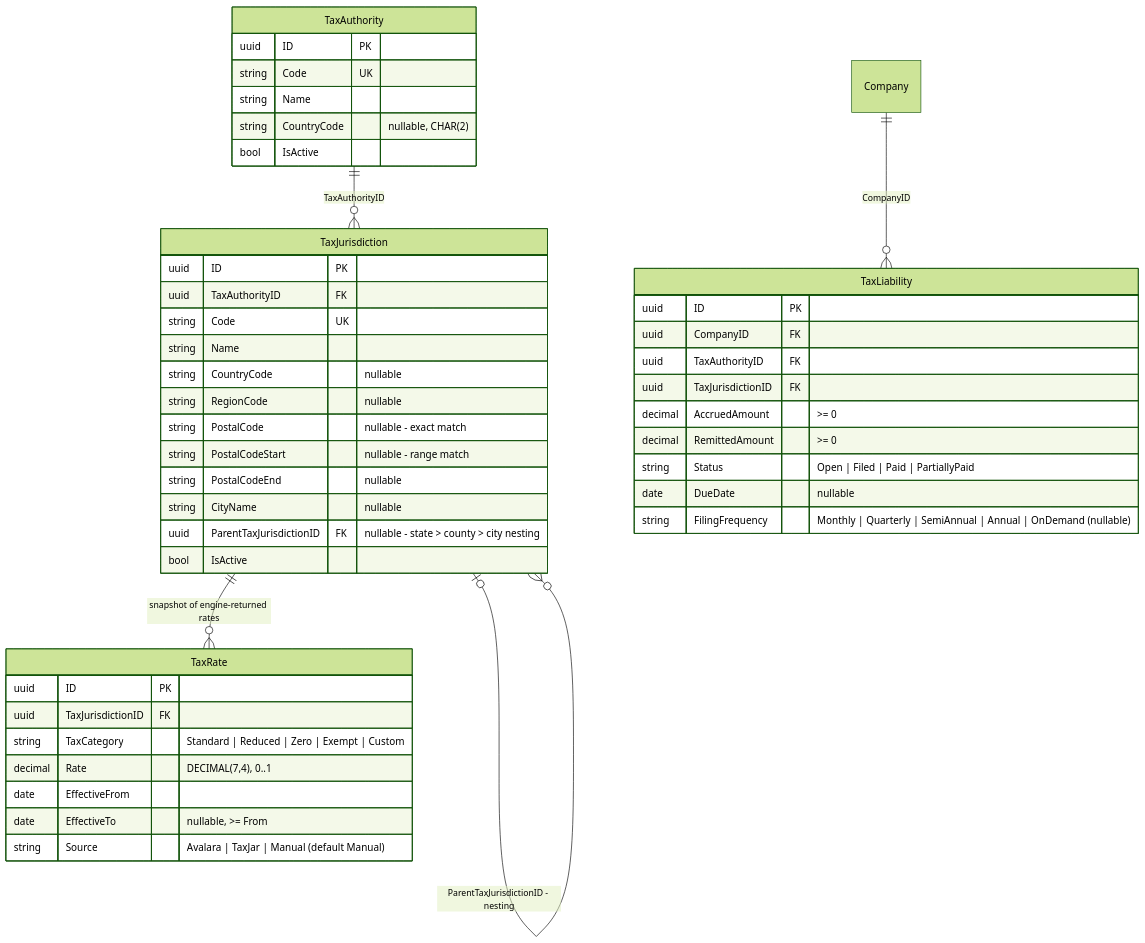
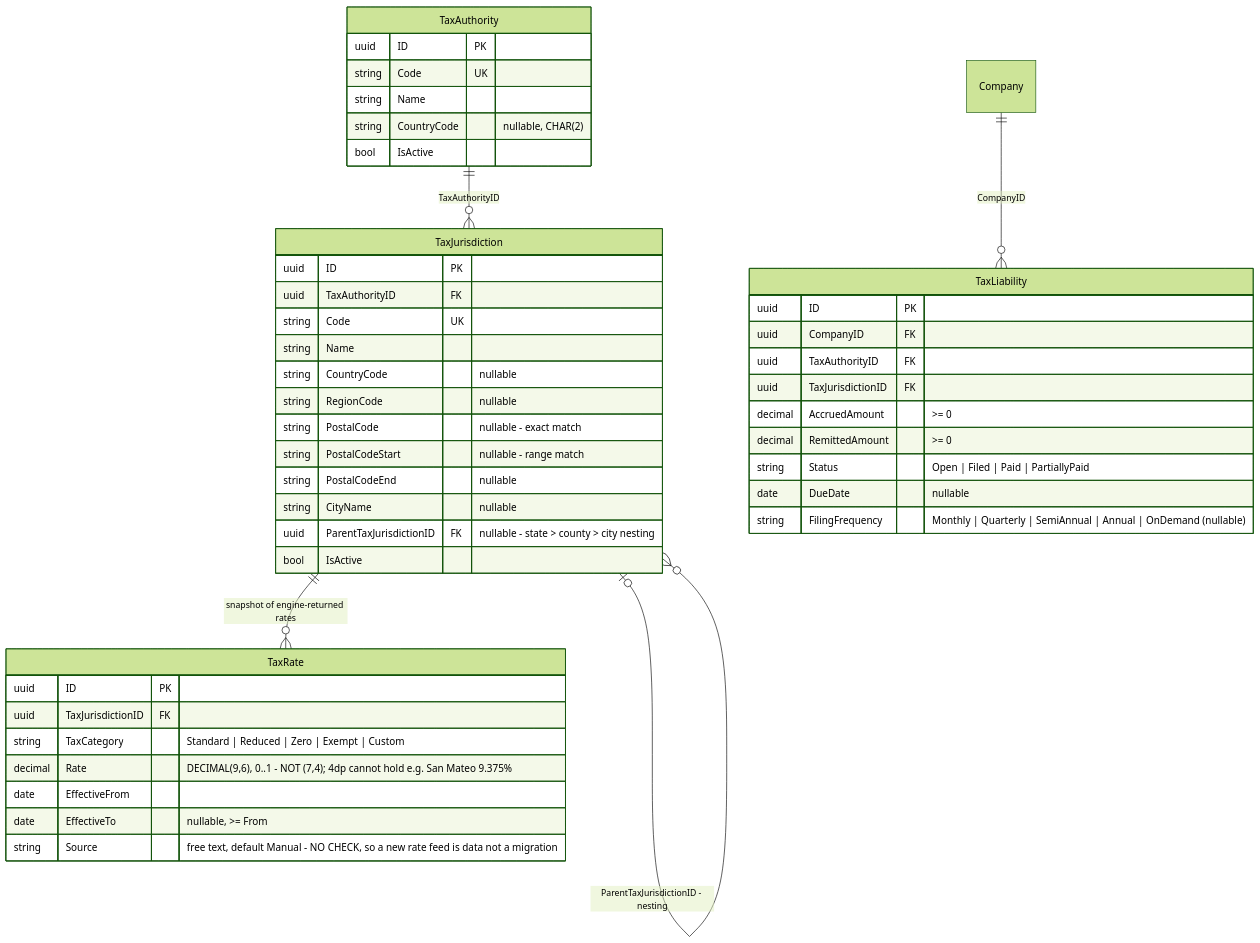
The tenth of 12 diagrams in docs/bizapps-accounting-erd.md (MemberJunction/bizapps-accounting), drawn with Mermaid (forest theme) before and after one commit. The commit also changed other lines of this file and 1 other file, not shown here.

````diff
--- a/docs/bizapps-accounting-erd.md
+++ b/docs/bizapps-accounting-erd.md
@@ -731,49 +753,49 @@
 ```mermaid
 erDiagram
     TaxAuthority ||--o{ TaxJurisdiction : "TaxAuthorityID"
     TaxJurisdiction |o--o{ TaxJurisdiction : "ParentTaxJurisdictionID - nesting"
     TaxJurisdiction ||--o{ TaxRate : "snapshot of engine-returned rates"
     Company ||--o{ TaxLiability : "CompanyID"
 
     TaxAuthority {
         uuid ID PK
         string Code UK
         string Name
         string CountryCode "nullable, CHAR(2)"
         bool IsActive
     }
     TaxJurisdiction {
         uuid ID PK
         uuid TaxAuthorityID FK
         string Code UK
         string Name
         string CountryCode "nullable"
         string RegionCode "nullable"
         string PostalCode "nullable - exact match"
         string PostalCodeStart "nullable - range match"
         string PostalCodeEnd "nullable"
         string CityName "nullable"
         uuid ParentTaxJurisdictionID FK "nullable - state > county > city nesting"
         bool IsActive
     }
     TaxRate {
         uuid ID PK
         uuid TaxJurisdictionID FK
         string TaxCategory "Standard | Reduced | Zero | Exempt | Custom"
-        decimal Rate "DECIMAL(7,4), 0..1"
+        decimal Rate "DECIMAL(9,6), 0..1 - NOT (7,4); 4dp cannot hold e.g. San Mateo 9.375%"
         date EffectiveFrom
         date EffectiveTo "nullable, >= From"
-        string Source "Avalara | TaxJar | Manual (default Manual)"
+        string Source "free text, default Manual - NO CHECK, so a new rate feed is data not a migration"
     }
     TaxLiability {
         uuid ID PK
         uuid CompanyID FK
         uuid TaxAuthorityID FK
         uuid TaxJurisdictionID FK
         decimal AccruedAmount ">= 0"
         decimal RemittedAmount ">= 0"
         string Status "Open | Filed | Paid | PartiallyPaid"
         date DueDate "nullable"
         string FilingFrequency "Monthly | Quarterly | SemiAnnual | Annual | OnDemand (nullable)"
     }
 ```
````
